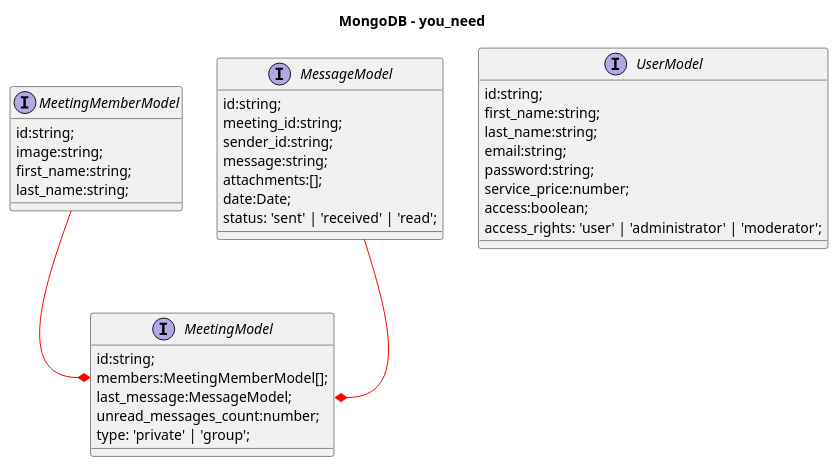
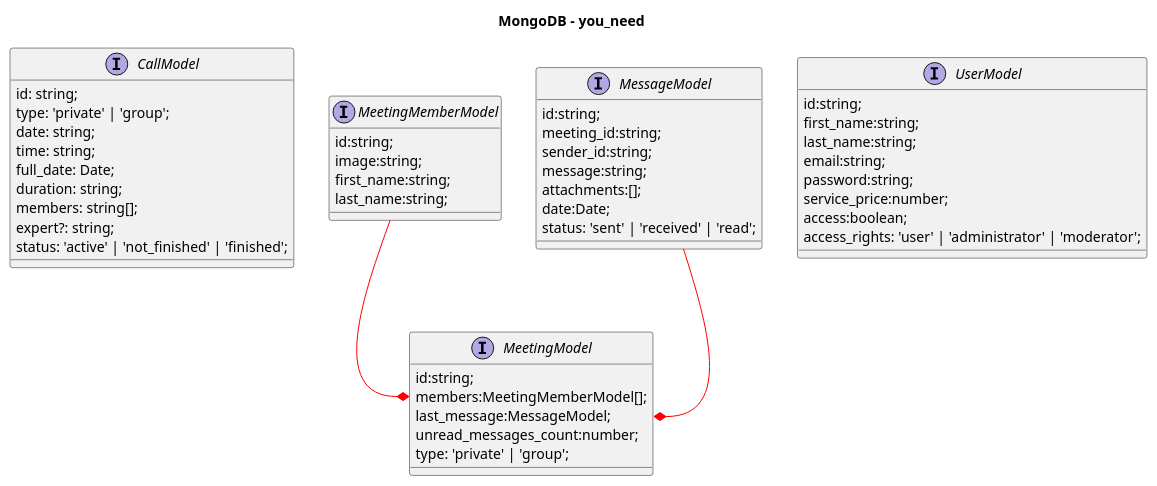
Before and after one commit to historydev/youneed: the diagram in src/app/architecture/database.puml, drawn with PlantUML. The commit also changed 24 other files, not shown here.

```diff
--- a/src/app/architecture/database.puml
+++ b/src/app/architecture/database.puml
@@ -1,44 +1,57 @@
 @startuml
 
 title MongoDB - you_need
+
+interface CallModel {
+	id: string;
+	type: 'private' | 'group';
+	date: string;
+	time: string;
+	full_date: Date;
+	duration: string;
+	members: string[];
+	expert?: string;
+	status: 'active' | 'not_finished' | 'finished';
+}
 
 interface MeetingMemberModel {
 	id:string;
 	image:string;
 	first_name:string;
 	last_name:string;
 }
 
 interface MeetingModel {
 	id:string;
 	members:MeetingMemberModel[];
 	last_message:MessageModel;
 	unread_messages_count:number;
 	type: 'private' | 'group';
 }
 
 interface MessageModel {
 	id:string;
 	meeting_id:string;
 	sender_id:string;
 	message:string;
 	attachments:[];
 	date:Date;
 	status: 'sent' | 'received' | 'read';
 }
 
 interface UserModel {
 	id:string;
 	first_name:string;
 	last_name:string;
 	email:string;
 	password:string;
 	service_price:number;
 	access:boolean;
 	access_rights: 'user' | 'administrator' | 'moderator';
 }
 
+
 MeetingMemberModel -[#red]-* MeetingModel::members
 MessageModel -[#red]-* MeetingModel::last_message
 
 @enduml
```
